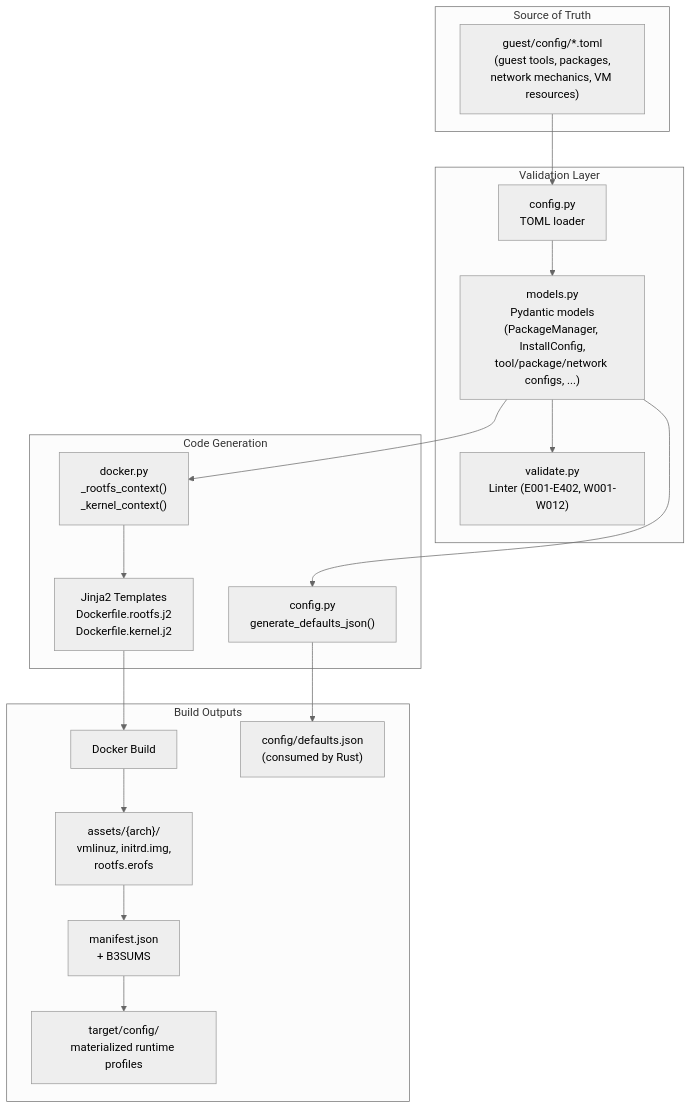
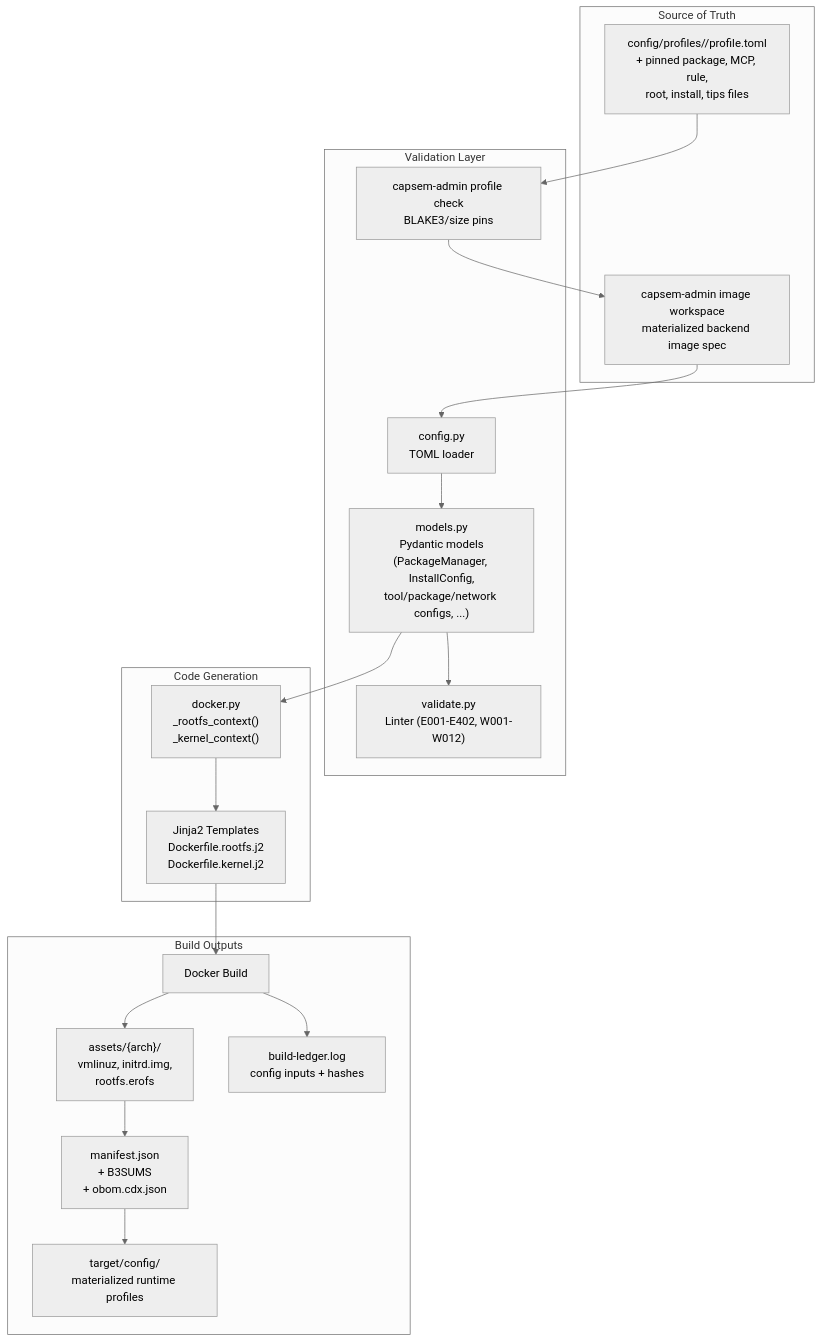
One commit to google/capsem changed the first of 5 diagrams in docs/src/content/docs/architecture/build-system.md. Above: the diagram before and after it, drawn with Mermaid (neutral theme). The commit also changed other lines of this file and 19 other files, not shown here.

Commit message:
docs: align image docs with profile rail

````diff
--- a/docs/src/content/docs/architecture/build-system.md
+++ b/docs/src/content/docs/architecture/build-system.md
@@ -12,38 +16,40 @@
 ```mermaid
 flowchart TD
   subgraph Input["Source of Truth"]
-    TOML["guest/config/*.toml\n(guest tools, packages,\nnetwork mechanics, VM resources)"]
+    PROFILE["config/profiles/<id>/profile.toml\n+ pinned package, MCP, rule,\nroot, install, tips files"]
+    ADMIN["capsem-admin image workspace\nmaterialized backend image spec"]
   end
 
   subgraph Validation["Validation Layer"]
+    Profile["capsem-admin profile check\nBLAKE3/size pins"]
     Config["config.py\nTOML loader"]
     Models["models.py\nPydantic models\n(PackageManager, InstallConfig,\ntool/package/network configs, ...)"]
     Validate["validate.py\nLinter (E001-E402, W001-W012)"]
   end
 
   subgraph Generation["Code Generation"]
     Context["docker.py\n_rootfs_context()\n_kernel_context()"]
     Jinja["Jinja2 Templates\nDockerfile.rootfs.j2\nDockerfile.kernel.j2"]
-    Defaults["config.py\ngenerate_defaults_json()"]
   end
 
   subgraph Output["Build Outputs"]
     Docker["Docker Build"]
     Assets["assets/{arch}/\nvmlinuz, initrd.img,\nrootfs.erofs"]
-    JSON["config/defaults.json\n(consumed by Rust)"]
-    BOM["manifest.json\n+ B3SUMS"]
+    Ledger["build-ledger.log\nconfig inputs + hashes"]
+    BOM["manifest.json\n+ B3SUMS\n+ obom.cdx.json"]
     RuntimeConfig["target/config/\nmaterialized runtime profiles"]
   end
 
-  TOML --> Config
+  PROFILE --> Profile
+  Profile --> ADMIN
+  ADMIN --> Config
   Config --> Models
   Models --> Validate
   Models --> Context
-  Models --> Defaults
   Context --> Jinja
   Jinja --> Docker
   Docker --> Assets
+  Docker --> Ledger
   Assets --> BOM
   BOM --> RuntimeConfig
-  Defaults --> JSON
 ```
````
